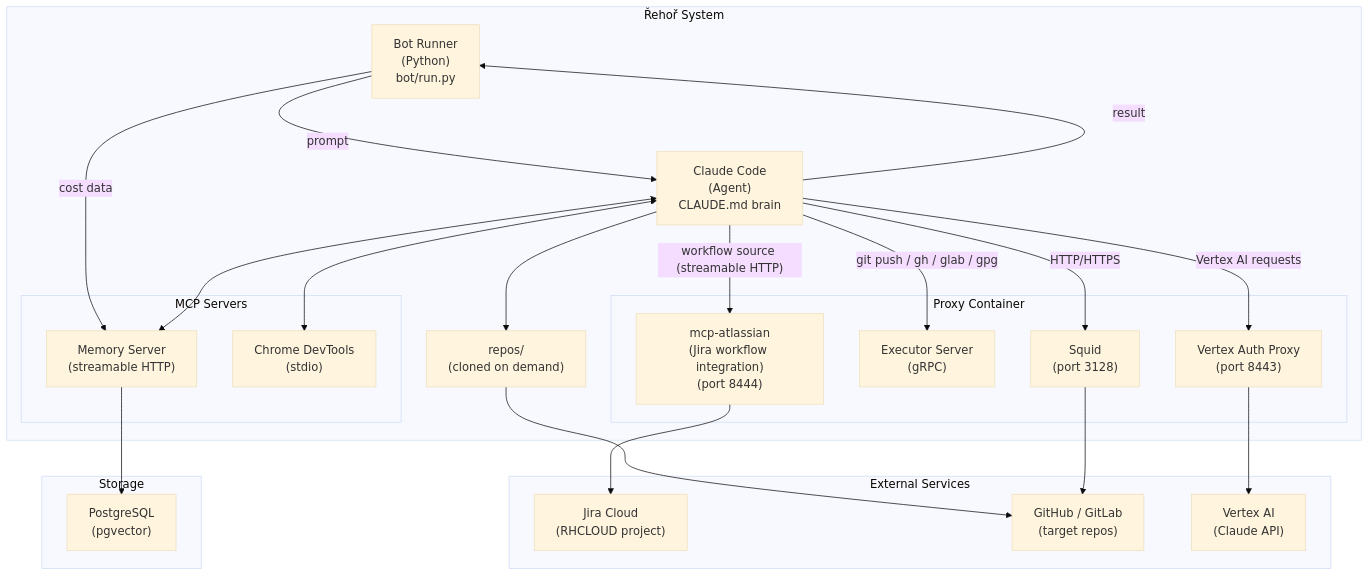
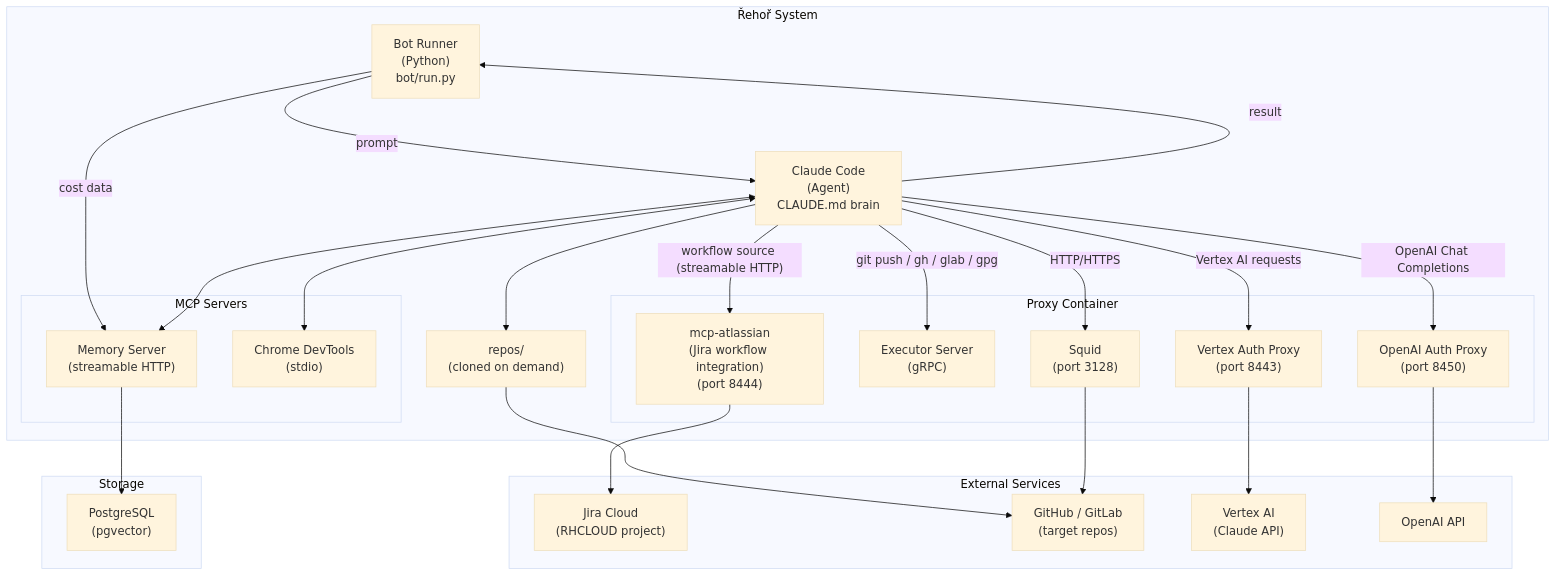
One commit to Hyperkid123/platform-frontend-ai-dev changed the first of 10 diagrams in ARCHITECTURE.md. Above: the diagram before and after it, drawn with Mermaid (base theme). The commit also changed other lines of this file and 18 other files, not shown here.

First line of the commit message:
feat(openai): add OpenAI-compatible proxy route on :8450  (#519)

````diff
--- a/ARCHITECTURE.md
+++ b/ARCHITECTURE.md
@@ -9,46 +9,50 @@
 ```mermaid
 graph TB
     subgraph External["External Services"]
         Jira["Jira Cloud<br/>(RHCLOUD project)"]
         GHGL["GitHub / GitLab<br/>(target repos)"]
         Vertex["Vertex AI<br/>(Claude API)"]
+        OpenAI["OpenAI API"]
     end
 
     subgraph System["Řehoř System"]
         Runner["Bot Runner<br/>(Python)<br/>bot/run.py"]
         Agent["Claude Code<br/>(Agent)<br/>CLAUDE.md brain"]
         Repos["repos/<br/>(cloned on demand)"]
 
         subgraph MCP["MCP Servers"]
             MemMCP["Memory Server<br/>(streamable HTTP)"]
             Chrome["Chrome DevTools<br/>(stdio)"]
         end
 
         subgraph Proxy["Proxy Container"]
             Squid["Squid<br/>(port 3128)"]
             Executor["Executor Server<br/>(gRPC)"]
             VertexProxy["Vertex Auth Proxy<br/>(port 8443)"]
+            OpenAIProxy["OpenAI Auth Proxy<br/>(port 8450)"]
             JiraMCP["mcp-atlassian<br/>(Jira workflow integration)<br/>(port 8444)"]
         end
     end
 
     subgraph Storage["Storage"]
         PG["PostgreSQL<br/>(pgvector)"]
     end
 
     Runner -- "prompt" --> Agent
     Agent -- "result" --> Runner
     Runner -- "cost data" --> MemMCP
     Agent <--> MemMCP
     Agent <--> Chrome
     Agent -- "workflow source (streamable HTTP)" --> JiraMCP
     Agent -- "git push / gh / glab / gpg" --> Executor
     Agent -- "Vertex AI requests" --> VertexProxy
+    Agent -- "OpenAI Chat Completions" --> OpenAIProxy
     Agent -- "HTTP/HTTPS" --> Squid
     Agent --> Repos
     Repos --> GHGL
     JiraMCP --> Jira
     MemMCP --> PG
     Squid --> GHGL
     VertexProxy --> Vertex
+    OpenAIProxy --> OpenAI
 ```
````
